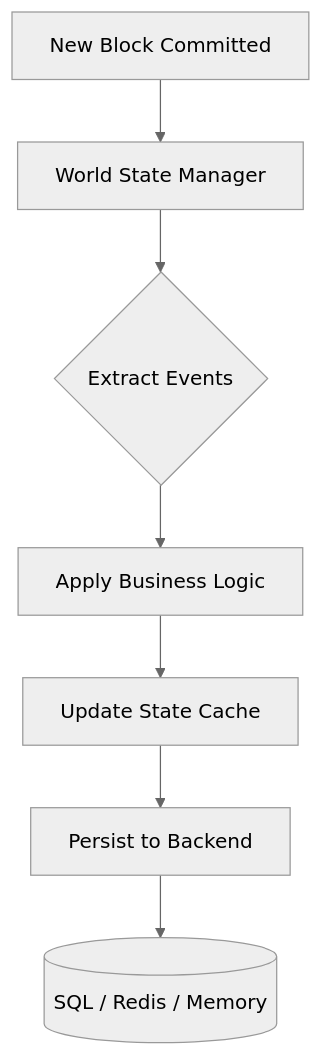
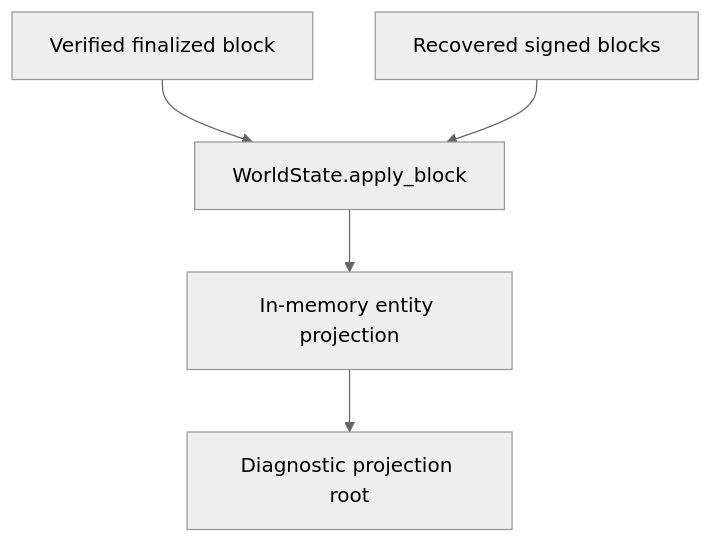
One commit to VanDung-dev/HieraChain changed the diagram in docs/en/modules/storage.md. Above: the diagram before and after it, drawn with Mermaid (neutral theme). The commit also changed other lines of this file and 158 other files, not shown here.

````diff
--- a/docs/en/modules/storage.md
+++ b/docs/en/modules/storage.md
@@ -57,9 +57,7 @@
 ```mermaid
 graph TD
-    A[New Block Committed] --> B[World State Manager]
-    B --> C{Extract Events}
-    C --> D[Apply Business Logic]
-    D --> E[Update State Cache]
-    E --> F[Persist to Backend]
-    F --> G[(SQL / Redis / Memory)]
+    A[Verified finalized block] --> B[WorldState.apply_block]
+    B --> C[In-memory entity projection]
+    D[Recovered signed blocks] --> B
+    C --> E[Diagnostic projection root]
 ```
````
